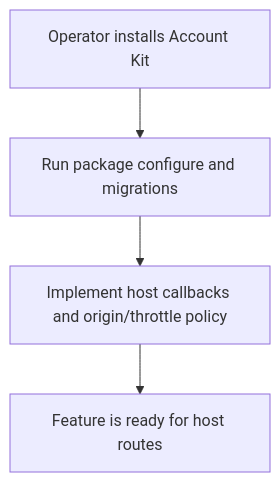
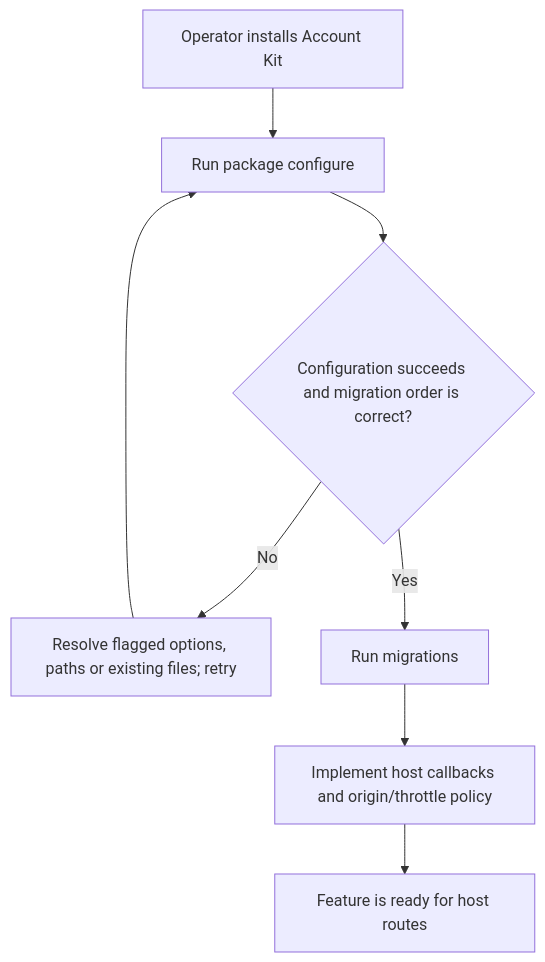
The first of 2 diagrams in user-stories/US-CONFIRM-04-configure-confirmations.md (Kevinjohn/oss-adonisjs-confirm-action-with-password), drawn with Mermaid before and after one commit. The commit also changed other lines of this file and 11 other files, not shown here.

````diff
--- a/user-stories/US-CONFIRM-04-configure-confirmations.md
+++ b/user-stories/US-CONFIRM-04-configure-confirmations.md
@@ -40,6 +43,10 @@
 ```mermaid
 flowchart TD
-    A["Operator installs Account Kit"] --> B["Run package configure and migrations"]
-    B --> C["Implement host callbacks and origin/throttle policy"]
+    A["Operator installs Account Kit"] --> B["Run package configure"]
+    B --> K{"Configuration succeeds and migration order is correct?"}
+    K -->|No| Q["Resolve flagged options, paths or existing files; retry"]
+    Q --> B
+    K -->|Yes| M["Run migrations"]
+    M --> C["Implement host callbacks and origin/throttle policy"]
     C --> D["Feature is ready for host routes"]
 ```
````
